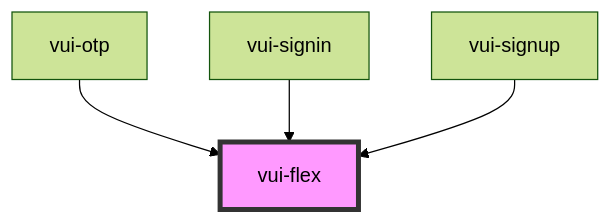
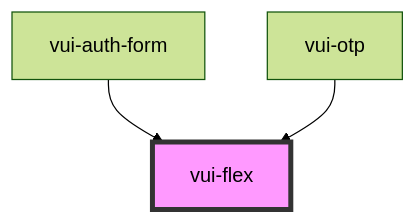
Before and after one commit to verite-team/verite-elements: the diagram in packages/stencil-library/src/components/flex/readme.md, drawn with Mermaid (forest theme). The commit also changed other lines of this file and 29 other files, not shown here.

````diff
--- a/packages/stencil-library/src/components/flex/readme.md
+++ b/packages/stencil-library/src/components/flex/readme.md
@@ -31,7 +30,6 @@
 ```mermaid
 graph TD;
+  vui-auth-form --> vui-flex
   vui-otp --> vui-flex
-  vui-signin --> vui-flex
-  vui-signup --> vui-flex
   style vui-flex fill:#f9f,stroke:#333,stroke-width:4px
 ```
````
